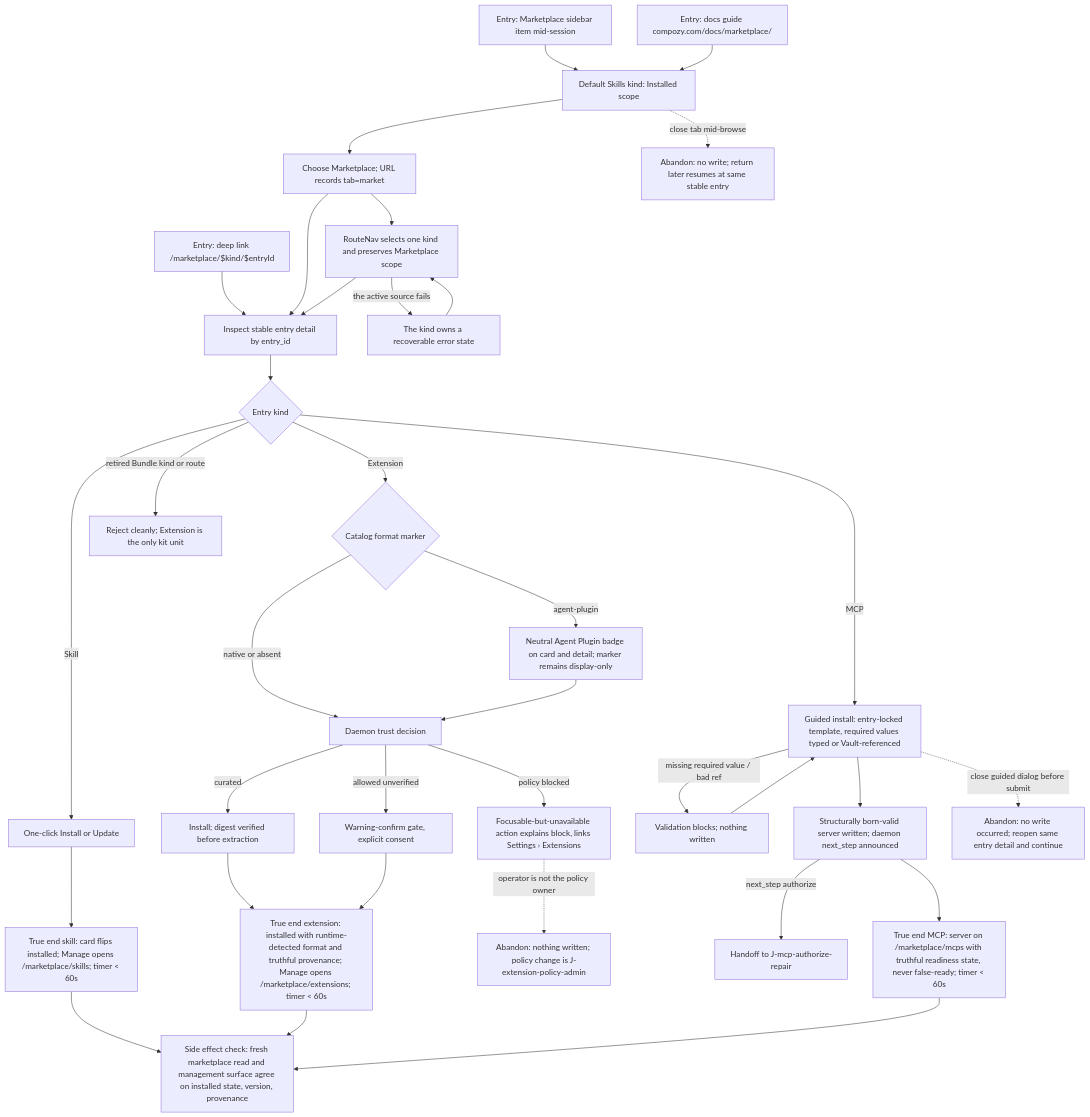
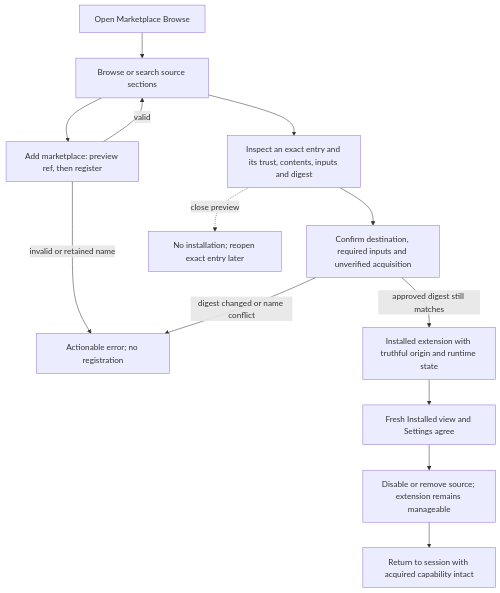
The diagram in docs/qa/journeys/J-marketplace-acquisition.md (compozy/compozy), drawn with Mermaid before and after one commit. The commit also changed other lines of this file and 1140 other files, not shown here.

First line of the commit message:
feat: unify marketplace catalog and plugin sources (#636)

````diff
--- a/docs/qa/journeys/J-marketplace-acquisition.md
+++ b/docs/qa/journeys/J-marketplace-acquisition.md
@@ -5,37 +5,15 @@
 ```mermaid
 flowchart TD
-  A[Entry: Marketplace sidebar item mid-session] --> B[Default Skills kind: Installed scope]
-  A2[Entry: deep link /marketplace/$kind/$entryId] --> D
-  A3[Entry: docs guide compozy.com/docs/marketplace/] --> B
-  B --> B2[Choose Marketplace; URL records tab=market]
-  B2 --> C[RouteNav selects one kind and preserves Marketplace scope]
-  C -->|the active source fails| C2[The kind owns a recoverable error state]
-  C2 --> C
-  B2 --> D[Inspect stable entry detail by entry_id]
-  C --> D
-  D --> E{Entry kind}
-  E -->|Skill| F[One-click Install or Update]
-  F --> F2[True end skill: card flips installed; Manage opens /marketplace/skills; timer < 60s]
-  E -->|Extension| G0{Catalog format marker}
-  G0 -->|native or absent| G[Daemon trust decision]
-  G0 -->|agent-plugin| G5[Neutral Agent Plugin badge on card and detail; marker remains display-only]
-  G5 --> G
-  G -->|curated| G1[Install; digest verified before extraction]
-  G -->|policy blocked| G2[Focusable-but-unavailable action explains block, links Settings › Extensions]
-  G -->|allowed unverified| G3[Warning-confirm gate, explicit consent]
-  G1 --> G4[True end extension: installed with runtime-detected format and truthful provenance; Manage opens /marketplace/extensions; timer < 60s]
-  G3 --> G4
-  G2 -.->|operator is not the policy owner| X2[Abandon: nothing written; policy change is J-extension-policy-admin]
-  E -->|MCP| I[Guided install: entry-locked template, required values typed or Vault-referenced]
-  E -->|retired Bundle kind or route| X3[Reject cleanly; Extension is the only kit unit]
-  I -->|missing required value / bad ref| I2[Validation blocks; nothing written]
-  I2 --> I
-  I --> I3[Structurally born-valid server written; daemon next_step announced]
-  I3 -->|next_step authorize| I4[Handoff to J-mcp-authorize-repair]
-  I3 --> I5[True end MCP: server on /marketplace/mcps with truthful readiness state, never false-ready; timer < 60s]
-  B -.->|close tab mid-browse| X1[Abandon: no write; return later resumes at same stable entry]
-  I -.->|close guided dialog before submit| X4[Abandon: no write occurred; reopen same entry detail and continue]
-  F2 --> Z[Side effect check: fresh marketplace read and management surface agree on installed state, version, provenance]
-  G4 --> Z
-  I5 --> Z
+  A[Open Marketplace Browse] --> B[Browse or search source sections]
+  B --> C[Inspect an exact entry and its trust, contents, inputs and digest]
+  B --> S[Add marketplace: preview ref, then register]
+  S -->|valid| B
+  S -->|invalid or retained name| E[Actionable error; no registration]
+  C --> D[Confirm destination, required inputs and unverified acquisition]
+  D -->|approved digest still matches| F[Installed extension with truthful origin and runtime state]
+  D -->|digest changed or name conflict| E
+  F --> G[Fresh Installed view and Settings agree]
+  G --> H[Disable or remove source; extension remains manageable]
+  H --> Z[Return to session with acquired capability intact]
+  C -.->|close preview| X[No installation; reopen exact entry later]
 ```
````
